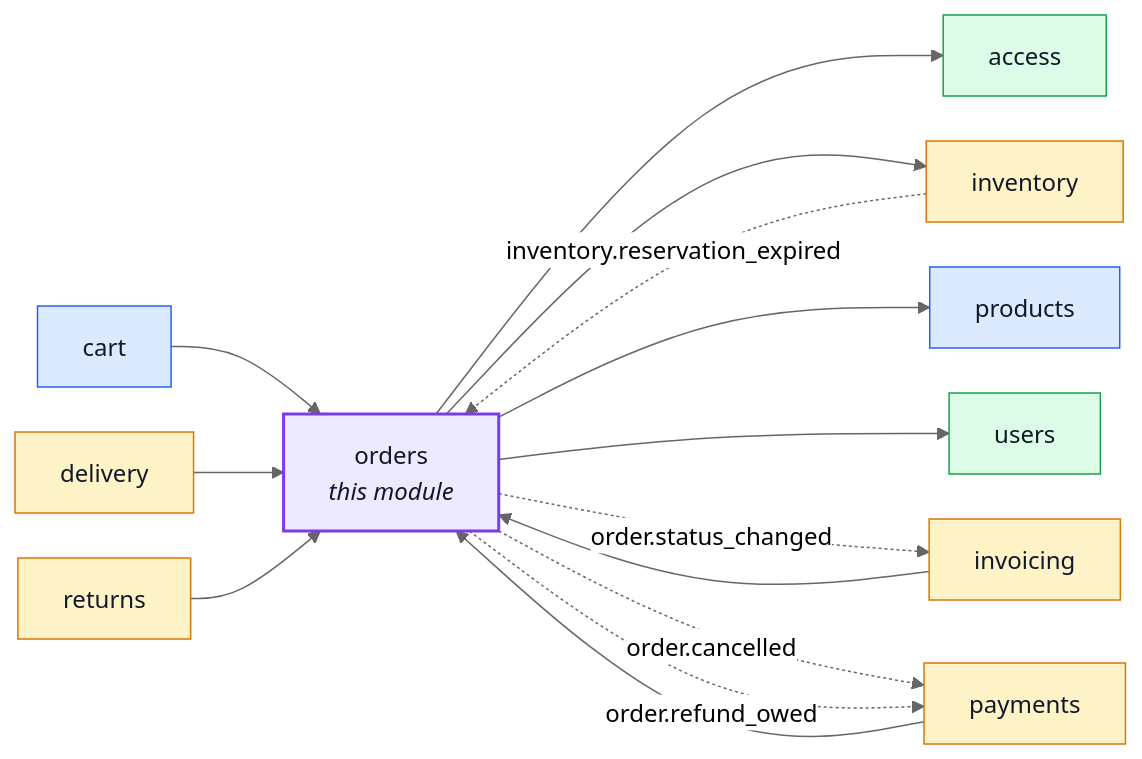
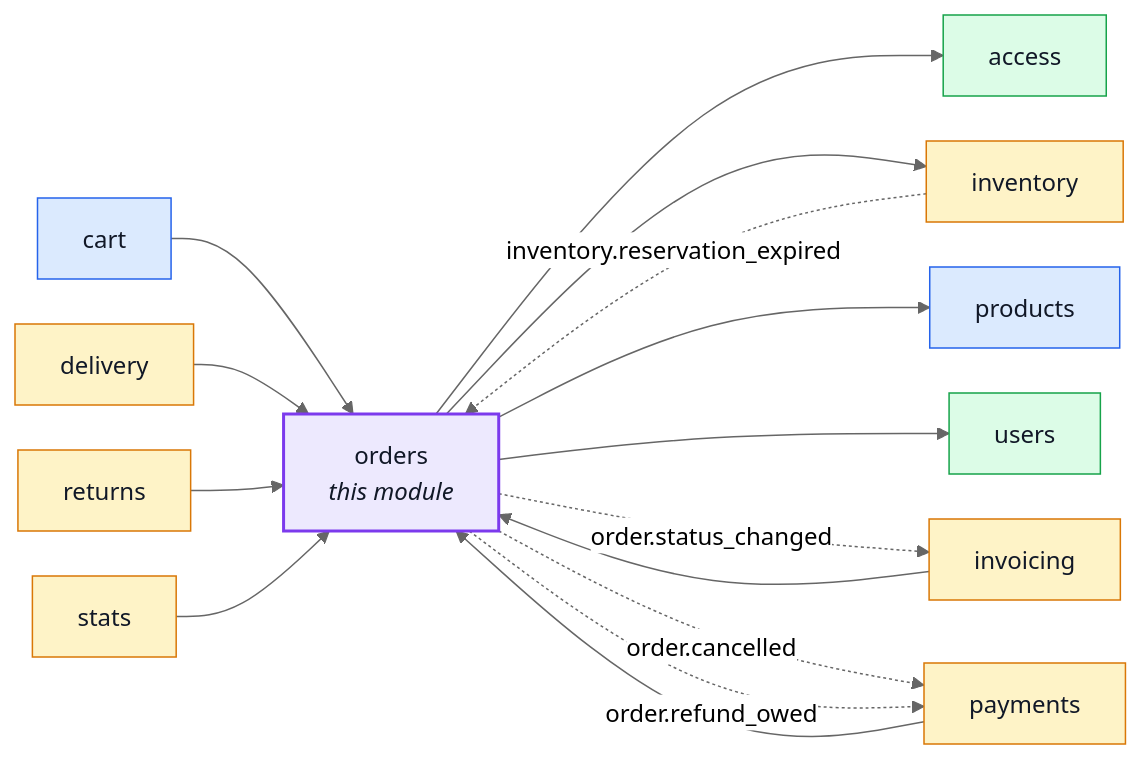
The first of 5 diagrams in docs/modules/orders.md (Guebbit/boilerplate-node-backend), drawn with Mermaid (neutral theme) before and after one commit. The commit also changed other lines of this file and 56 other files, not shown here.

````diff
--- a/docs/modules/orders.md
+++ b/docs/modules/orders.md
@@ -16,37 +16,39 @@
 ```mermaid
 %%{init: {'flowchart': {'nodeSpacing': 30, 'rankSpacing': 60}}}%%
 flowchart LR
     orders["orders<br/><i>this module</i>"]
     access["access"]
     cart["cart"]
     delivery["delivery"]
     inventory["inventory"]
     invoicing["invoicing"]
     payments["payments"]
     products["products"]
     returns["returns"]
+    stats["stats"]
     users["users"]
 
     cart --> orders
     delivery --> orders
     invoicing --> orders
     payments --> orders
     returns --> orders
+    stats --> orders
     orders --> access
     orders --> inventory
     orders --> products
     orders --> users
     inventory -. "inventory.reservation_expired" .-> orders
     orders -. "order.status_changed" .-> invoicing
     orders -. "order.cancelled" .-> payments
     orders -. "order.refund_owed" .-> payments
 
     classDef core fill:#dbeafe,stroke:#2563eb,color:#111827;
     classDef supporting fill:#fef3c7,stroke:#d97706,color:#111827;
     classDef generic fill:#dcfce7,stroke:#16a34a,color:#111827;
     classDef centre fill:#ede9fe,stroke:#7c3aed,stroke-width:2px,color:#111827;
     class cart,products core;
-    class delivery,inventory,invoicing,payments,returns supporting;
+    class delivery,inventory,invoicing,payments,returns,stats supporting;
     class access,users generic;
     class orders centre;
 ```
````
